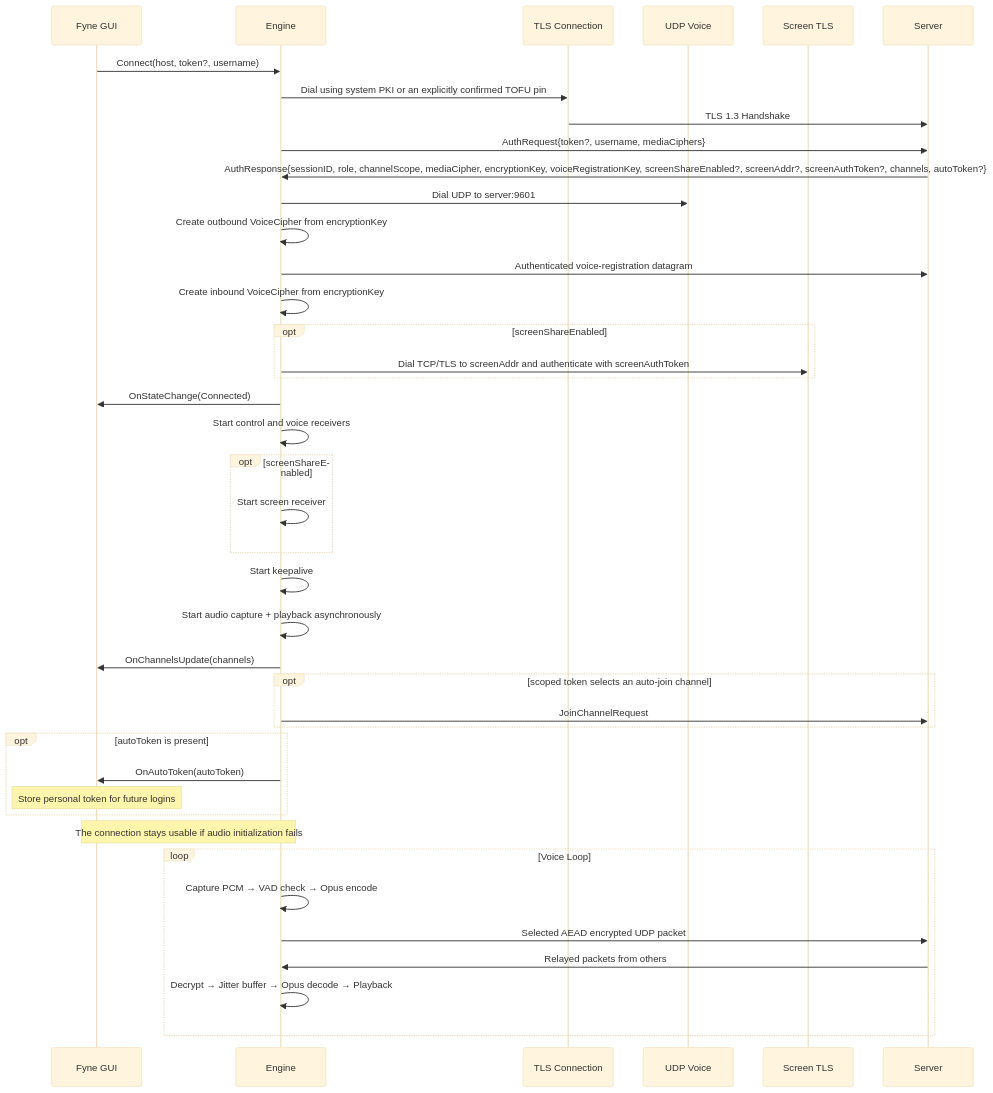
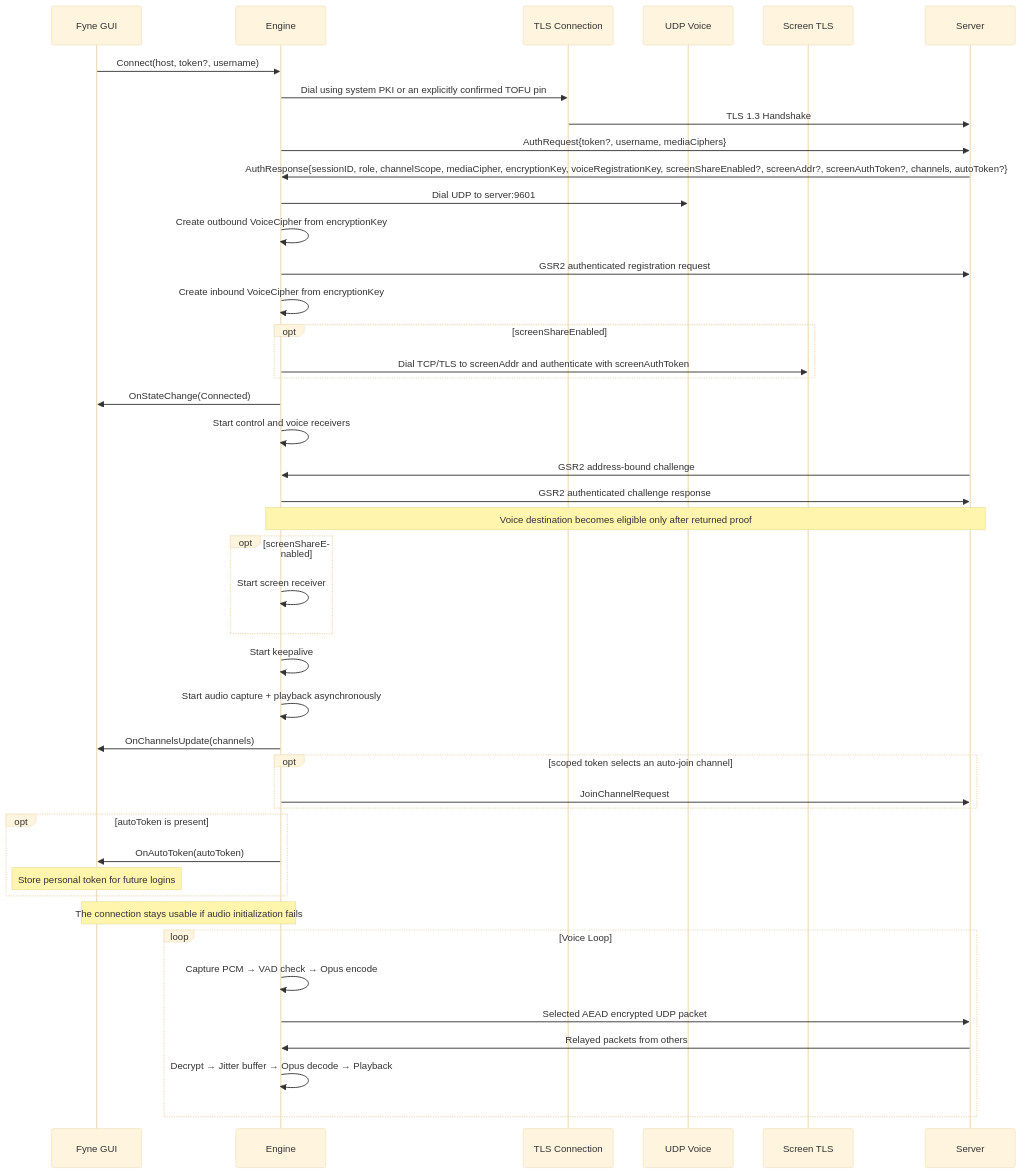
The fourth of 5 diagrams in docs/architecture.md (NicolasHaas/gospeak), drawn with Mermaid (base theme) before and after one commit. The commit also changed 17 other files, not shown here.

Commit message:
fix(voice): require return-routability proof for UDP endpoints

````diff
--- a/docs/architecture.md
+++ b/docs/architecture.md
@@ -149,45 +149,48 @@
 ```mermaid
 sequenceDiagram
     participant UI as Fyne GUI
     participant Eng as Engine
     participant TLS as TLS Connection
     participant UDP as UDP Voice
     participant SCR as Screen TLS
     participant Srv as Server
 
     UI->>Eng: Connect(host, token?, username)
     Eng->>TLS: Dial using system PKI or an explicitly confirmed TOFU pin
     TLS->>Srv: TLS 1.3 Handshake
     Eng->>Srv: AuthRequest{token?, username, mediaCiphers}
     Srv->>Eng: AuthResponse{sessionID, role, channelScope, mediaCipher, encryptionKey, voiceRegistrationKey, screenShareEnabled?, screenAddr?, screenAuthToken?, channels, autoToken?}
     Eng->>UDP: Dial UDP to server:9601
     Eng->>Eng: Create outbound VoiceCipher from encryptionKey
-    Eng->>Srv: Authenticated voice-registration datagram
+    Eng->>Srv: GSR2 authenticated registration request
     Eng->>Eng: Create inbound VoiceCipher from encryptionKey
     opt screenShareEnabled
         Eng->>SCR: Dial TCP/TLS to screenAddr and authenticate with screenAuthToken
     end
     Eng->>UI: OnStateChange(Connected)
     Eng->>Eng: Start control and voice receivers
+    Srv->>Eng: GSR2 address-bound challenge
+    Eng->>Srv: GSR2 authenticated challenge response
+    Note over Eng,Srv: Voice destination becomes eligible only after returned proof
     opt screenShareEnabled
         Eng->>Eng: Start screen receiver
     end
     Eng->>Eng: Start keepalive
     Eng->>Eng: Start audio capture + playback asynchronously
     Eng->>UI: OnChannelsUpdate(channels)
     opt scoped token selects an auto-join channel
         Eng->>Srv: JoinChannelRequest
     end
     opt autoToken is present
         Eng->>UI: OnAutoToken(autoToken)
         Note over UI: Store personal token for future logins
     end
     Note over Eng,UI: The connection stays usable if audio initialization fails
 
     loop Voice Loop
         Eng->>Eng: Capture PCM → VAD check → Opus encode
         Eng->>Srv: Selected AEAD encrypted UDP packet
         Srv->>Eng: Relayed packets from others
         Eng->>Eng: Decrypt → Jitter buffer → Opus decode → Playback
     end
 ```
````
